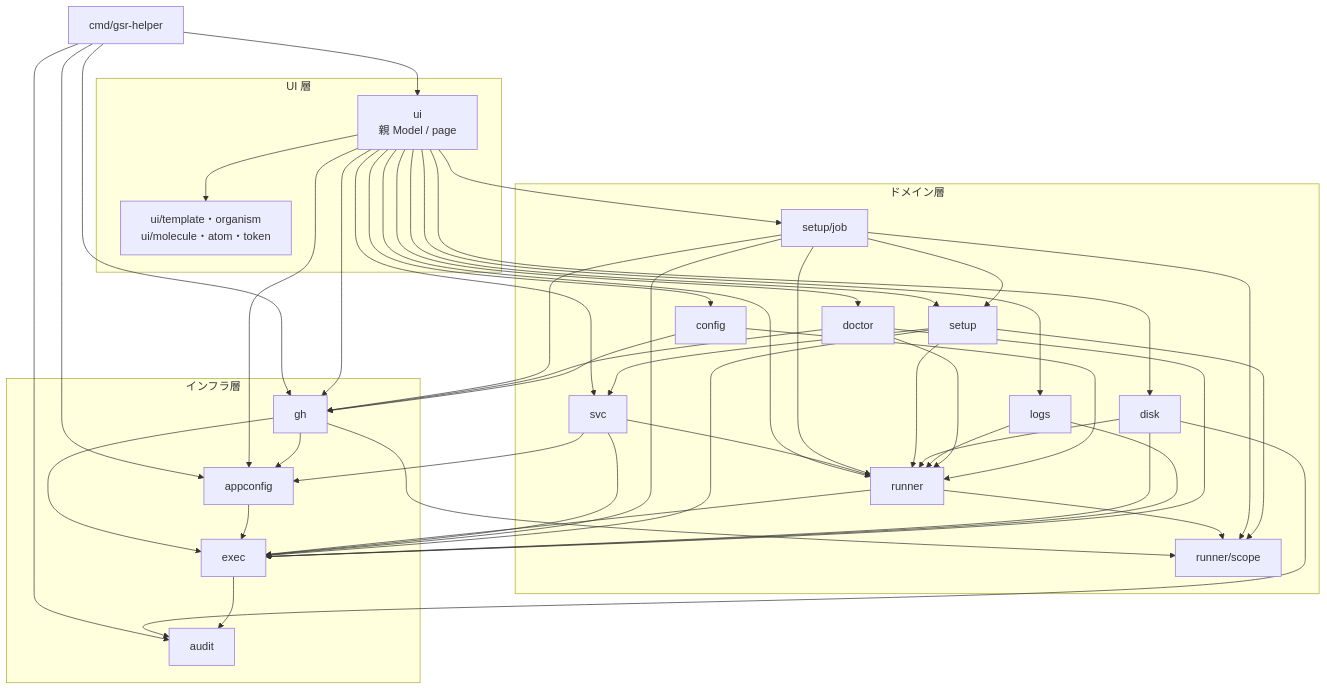
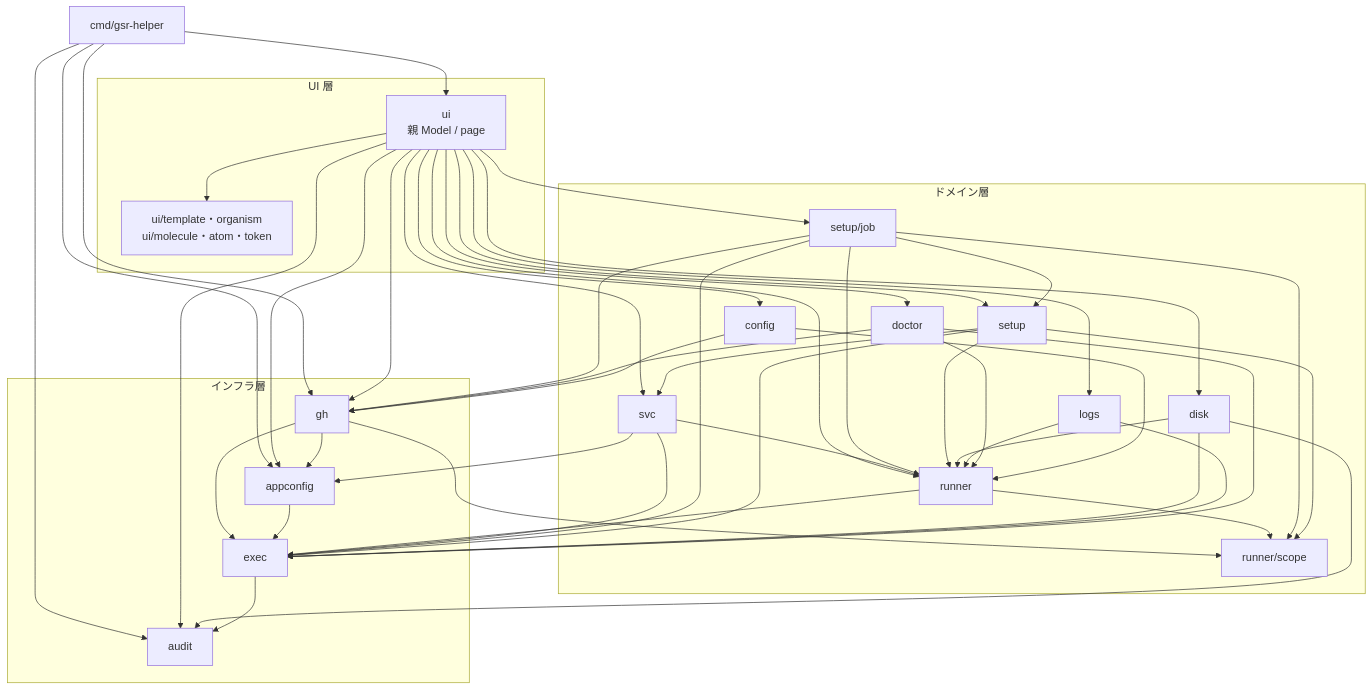
Before and after one commit to ousiassllc/gsr-helper: the diagram in docs/components/overview.md, drawn with Mermaid. The commit also changed other lines of this file and 14 other files, not shown here.

````diff
--- a/docs/components/overview.md
+++ b/docs/components/overview.md
@@ -7,77 +7,78 @@
 ```mermaid
 graph TD
     Main[cmd/gsr-helper]
 
     subgraph UI[UI 層]
         UIApp[ui<br/>親 Model / page]
         UIParts[ui/template・organism<br/>ui/molecule・atom・token]
     end
 
     subgraph Domain[ドメイン層]
         Runner[runner]
         RScope[runner/scope]
         Svc[svc]
         Setup[setup]
         SetupJob[setup/job]
         Disk[disk]
         Logs[logs]
         Doctor[doctor]
         Config[config]
     end
 
     subgraph Infra[インフラ層]
         Exec[exec]
         GH[gh]
         Audit[audit]
         Appconf[appconfig]
     end
 
     Main --> UIApp
     Main --> Appconf
     Main --> Audit
     Main --> GH
 
     UIApp --> UIParts
 
     UIApp --> Runner
     UIApp --> Svc
     UIApp --> Setup
     UIApp --> SetupJob
     UIApp --> GH
     UIApp --> Disk
     UIApp --> Logs
     UIApp --> Doctor
     UIApp --> Config
     UIApp --> Appconf
+    UIApp --> Audit
 
     Svc --> Runner
     Svc --> Appconf
     SetupJob --> Runner
     SetupJob --> Setup
     SetupJob --> GH
     Setup --> Runner
     Setup --> Svc
     Disk --> Runner
     Logs --> Runner
     Doctor --> Runner
     Doctor --> GH
     Config --> Runner
     Config --> GH
 
     Runner --> Exec
     Runner --> RScope
     Svc --> Exec
     SetupJob --> Exec
     SetupJob --> RScope
     Setup --> Exec
     Setup --> RScope
     Disk --> Exec
     Disk --> Audit
     Logs --> Exec
     Doctor --> Exec
     GH --> Exec
     GH --> RScope
     GH --> Appconf
     Appconf --> Exec
     Exec --> Audit
 ```
````
